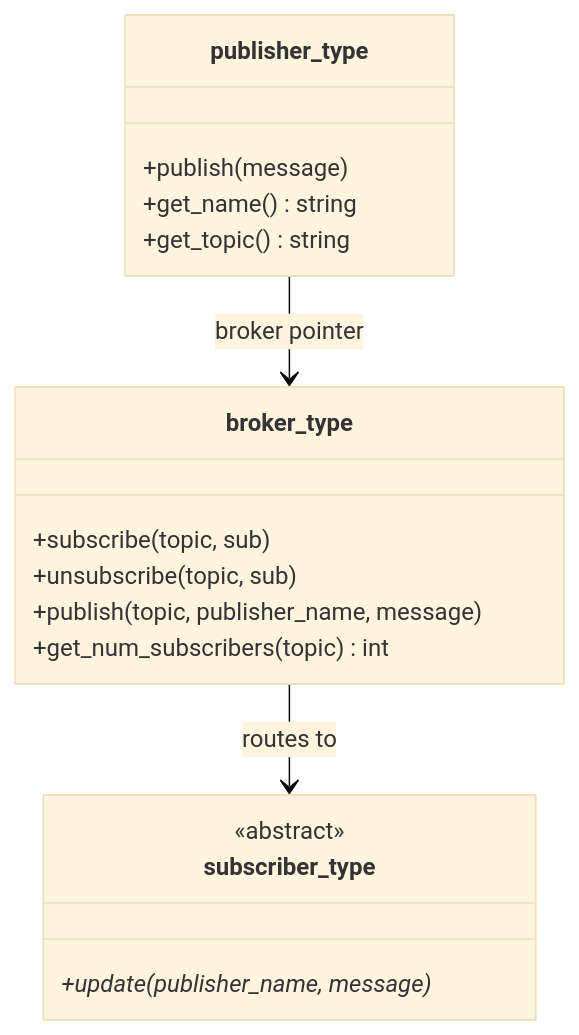
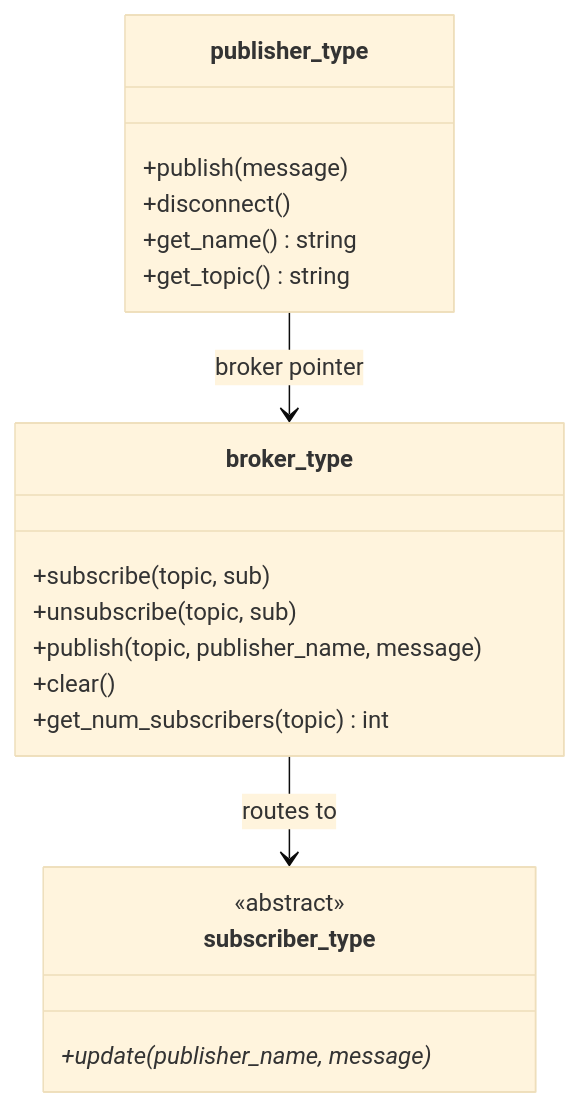
One commit to kiz0329/fortran-publisher-subscriber changed the diagram in README.md. Above: the diagram before and after it, drawn with Mermaid (base theme).

Commit message:
Add clear and disconnect methods to publisher and broker types in README.md

````diff
--- a/README.md
+++ b/README.md
@@ -26,21 +26,23 @@
 ```mermaid
 classDiagram
     class broker_type {
         +subscribe(topic, sub)
         +unsubscribe(topic, sub)
         +publish(topic, publisher_name, message)
+        +clear()
         +get_num_subscribers(topic) int
     }
     class publisher_type {
         +publish(message)
+        +disconnect()
         +get_name() string
         +get_topic() string
     }
     class subscriber_type {
         <<abstract>>
         +update(publisher_name, message)*
     }
 
     publisher_type --> broker_type : broker pointer
     broker_type --> subscriber_type : routes to
 ```
````
